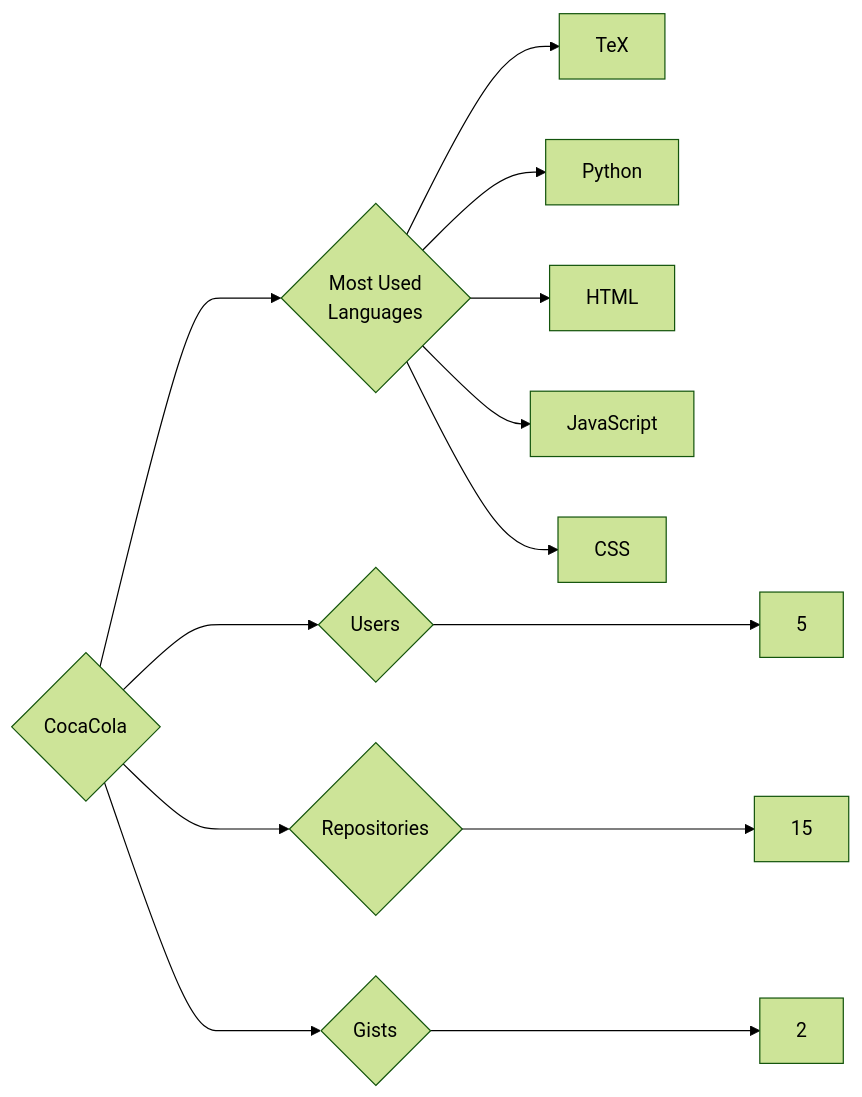
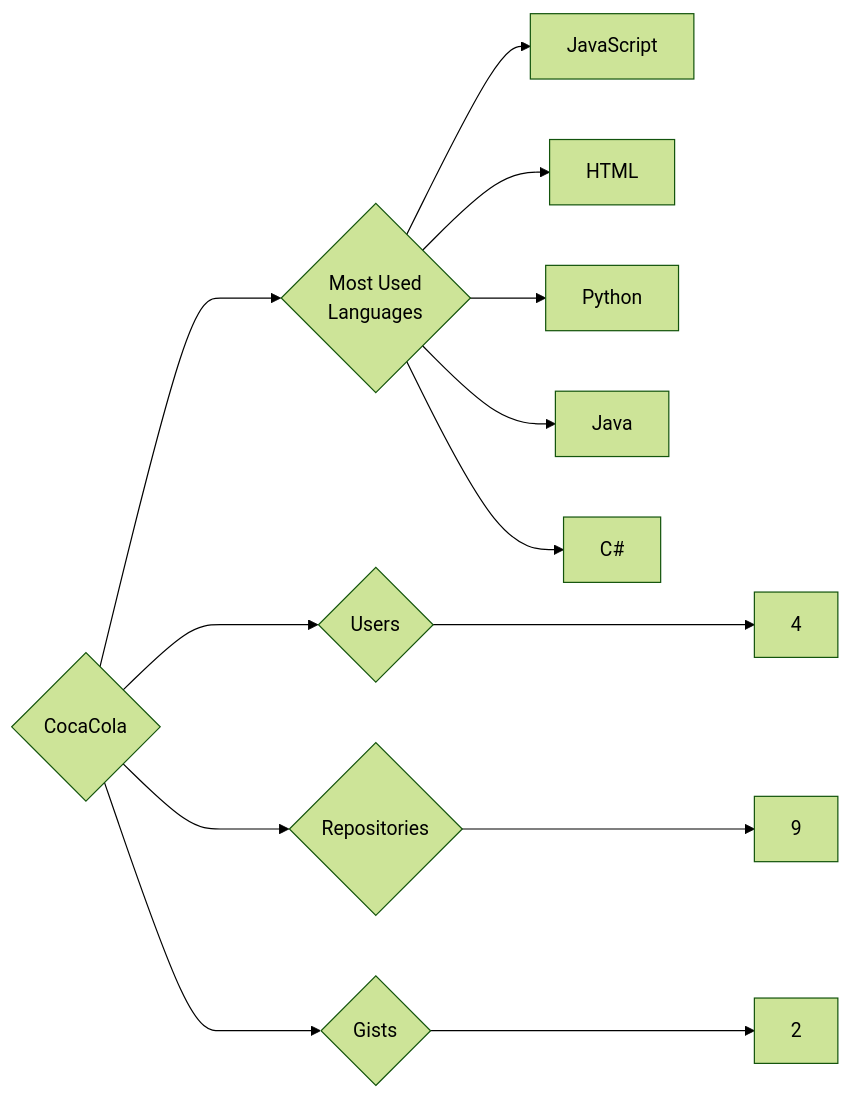
The diagram in targets/CocaCola/README.md (trickest/insiders), drawn with Mermaid (forest theme) before and after one commit. The commit also changed 988 other files, not shown here.

````diff
--- a/targets/CocaCola/README.md
+++ b/targets/CocaCola/README.md
@@ -3,13 +3,13 @@
 ```mermaid
 graph LR
 COMPANY_NAME{CocaCola}
-COMPANY_NAME ---> U{Users} ---> UN[5]
-COMPANY_NAME ---> R{Repositories} ---> RN[15]
+COMPANY_NAME ---> U{Users} ---> UN[4]
+COMPANY_NAME ---> R{Repositories} ---> RN[9]
 COMPANY_NAME ---> G{Gists} ---> GN[2]
 COMPANY_NAME ---> ML{Most Used<br>Languages}
-ML --> TeX[TeX]
+ML --> JavaScript[JavaScript]
+ML --> HTML[HTML]
 ML --> Python[Python]
-ML --> HTML[HTML]
-ML --> JavaScript[JavaScript]
-ML --> CSS[CSS]
+ML --> Java[Java]
+ML --> C#[C#]
 ```
````
